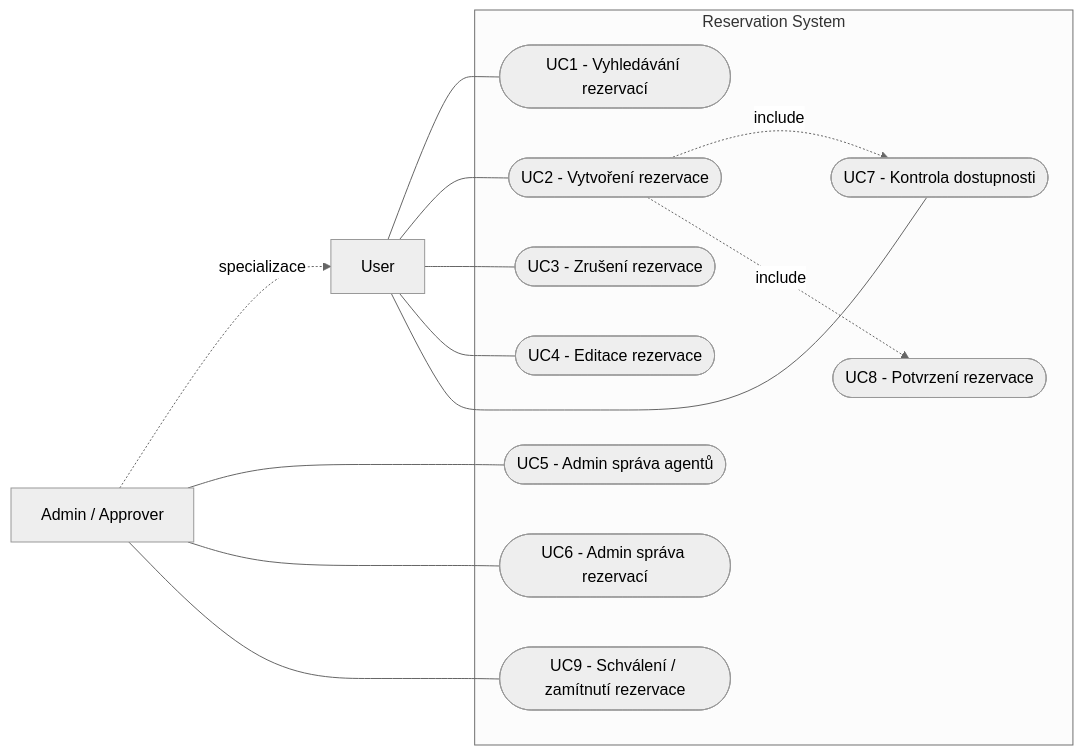
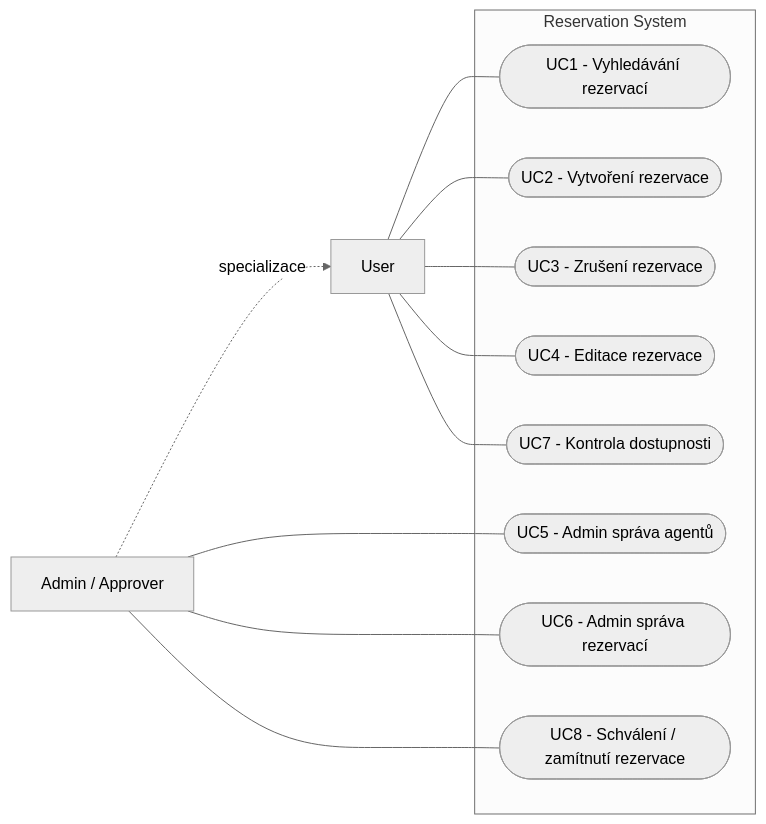
One commit to Ten-James/swi-proj changed the diagram in docs/diagrams/mermaid/07-use-case-v02.mmd. Above: the diagram before and after it, drawn with Mermaid (neutral theme). The commit also changed 41 other files, not shown here.

```diff
--- a/docs/diagrams/mermaid/07-use-case-v02.mmd
+++ b/docs/diagrams/mermaid/07-use-case-v02.mmd
@@ -1,28 +1,24 @@
 flowchart LR
     U[User]
     A[Admin / Approver]
     A -. specializace .-> U
 
     subgraph RS[Reservation System]
         UC1([UC1 - Vyhledávání rezervací])
         UC2([UC2 - Vytvoření rezervace])
         UC3([UC3 - Zrušení rezervace])
         UC4([UC4 - Editace rezervace])
         UC5([UC5 - Admin správa agentů])
         UC6([UC6 - Admin správa rezervací])
         UC7([UC7 - Kontrola dostupnosti])
-        UC8([UC8 - Potvrzení rezervace])
-        UC9([UC9 - Schválení / zamítnutí rezervace])
+        UC8([UC8 - Schválení / zamítnutí rezervace])
     end
 
     U --- UC1
     U --- UC2
     U --- UC3
     U --- UC4
     U --- UC7
     A --- UC5
     A --- UC6
-    A --- UC9
-
-    UC2 -. include .-> UC7
-    UC2 -. include .-> UC8
+    A --- UC8
```
